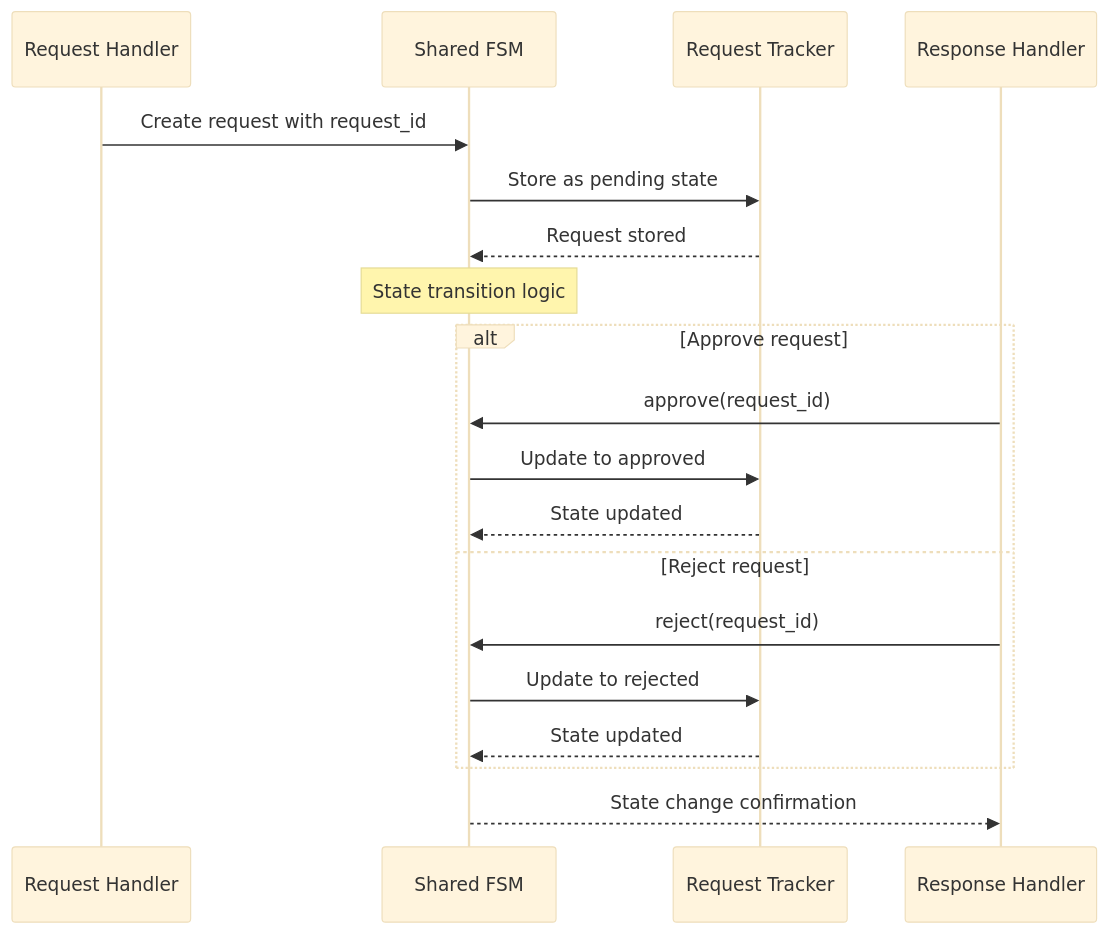
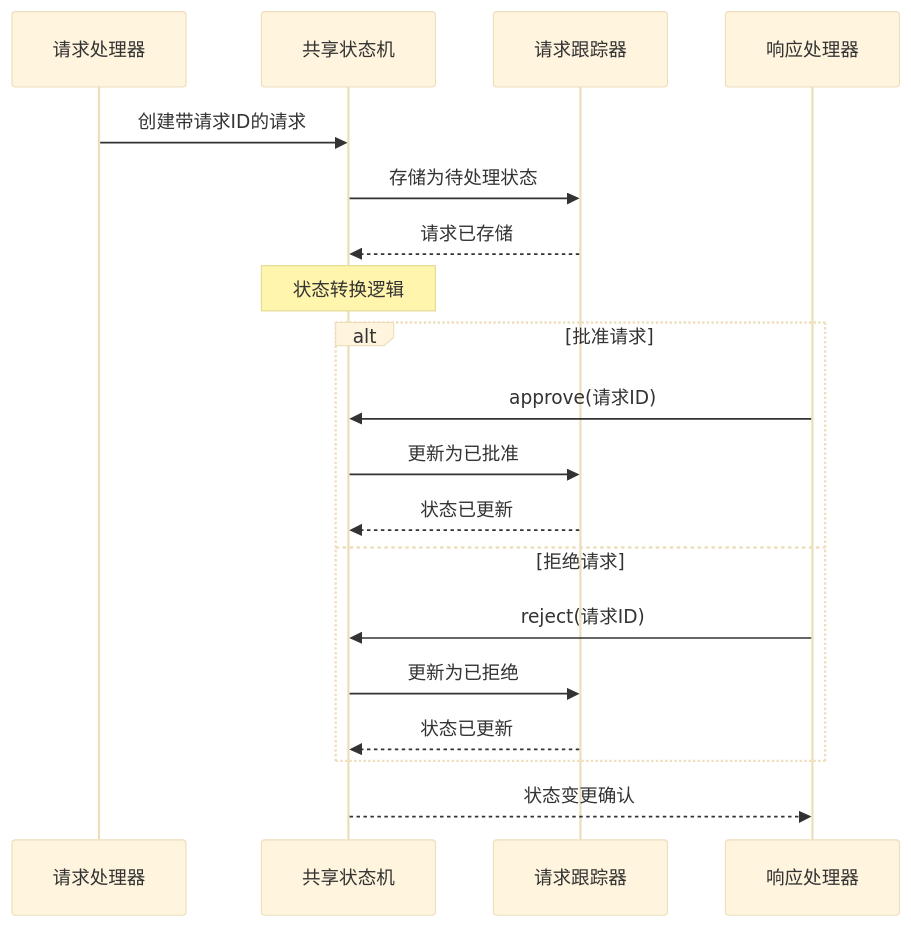
One commit to duzhenxun/ai-agent-study changed the fourth of 9 diagrams in s10/s10-team-protocols.md. Above: the diagram before and after it, drawn with Mermaid (base theme). The commit also changed other lines of this file and 2 other files, not shown here.

````diff
--- a/s10/s10-team-protocols.md
+++ b/s10/s10-team-protocols.md
@@ -265,24 +265,24 @@
 ```mermaid
 sequenceDiagram
-    participant Request as Request Handler
-    participant FSM as Shared FSM
-    participant Tracker as Request Tracker
-    participant Response as Response Handler
+    participant Request as 请求处理器
+    participant FSM as 共享状态机
+    participant Tracker as 请求跟踪器
+    participant Response as 响应处理器
 
-    Request->>FSM: Create request with request_id
-    FSM->>Tracker: Store as pending state
-    Tracker-->>FSM: Request stored
+    Request->>FSM: 创建带请求ID的请求
+    FSM->>Tracker: 存储为待处理状态
+    Tracker-->>FSM: 请求已存储
 
-    Note over FSM: State transition logic
-    alt Approve request
-        Response->>FSM: approve(request_id)
-        FSM->>Tracker: Update to approved
-        Tracker-->>FSM: State updated
-    else Reject request
-        Response->>FSM: reject(request_id)
-        FSM->>Tracker: Update to rejected
-        Tracker-->>FSM: State updated
+    Note over FSM: 状态转换逻辑
+    alt 批准请求
+        Response->>FSM: approve(请求ID)
+        FSM->>Tracker: 更新为已批准
+        Tracker-->>FSM: 状态已更新
+    else 拒绝请求
+        Response->>FSM: reject(请求ID)
+        FSM->>Tracker: 更新为已拒绝
+        Tracker-->>FSM: 状态已更新
     end
 
-    FSM-->>Response: State change confirmation
+    FSM-->>Response: 状态变更确认
 ```
````
